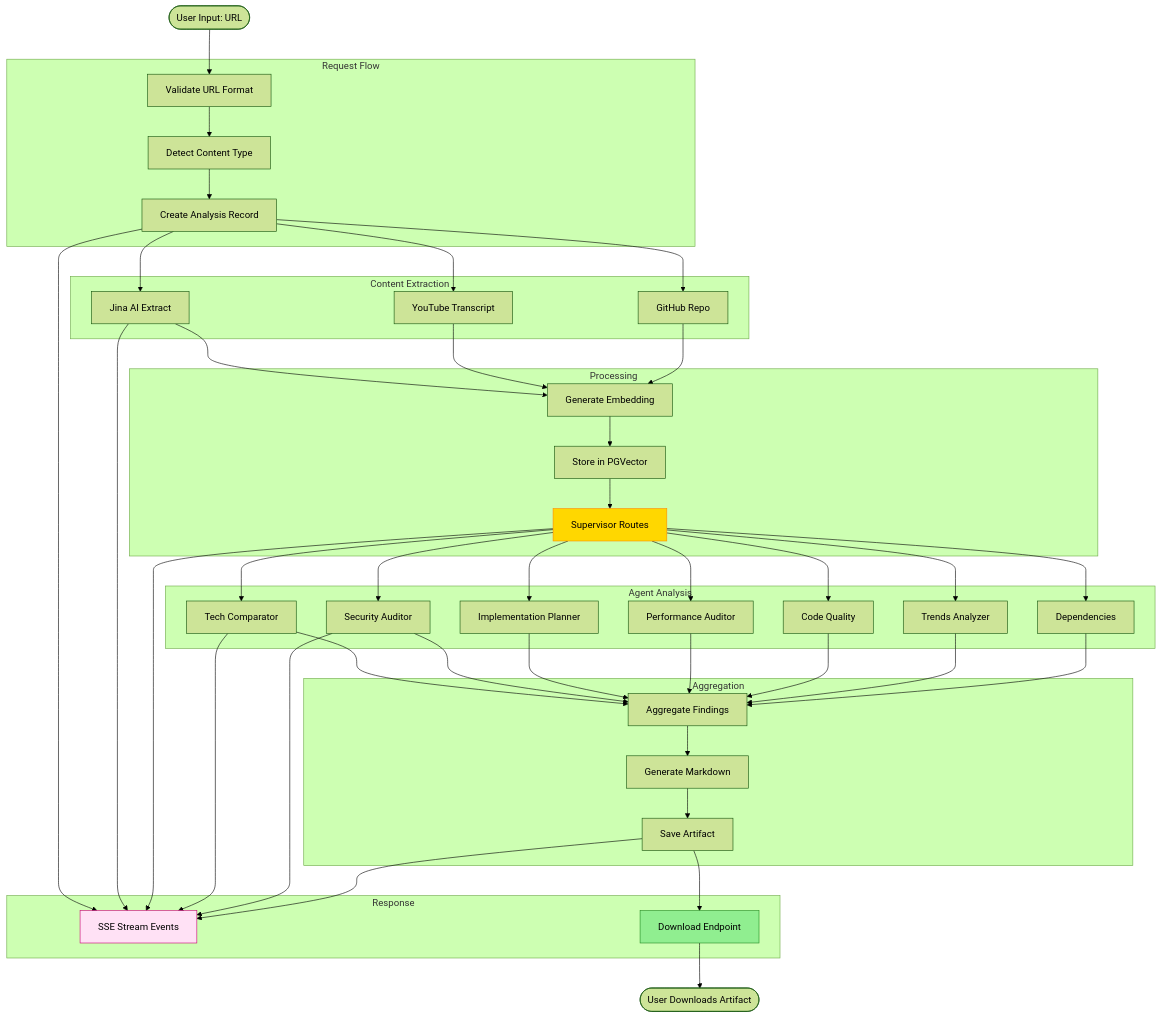
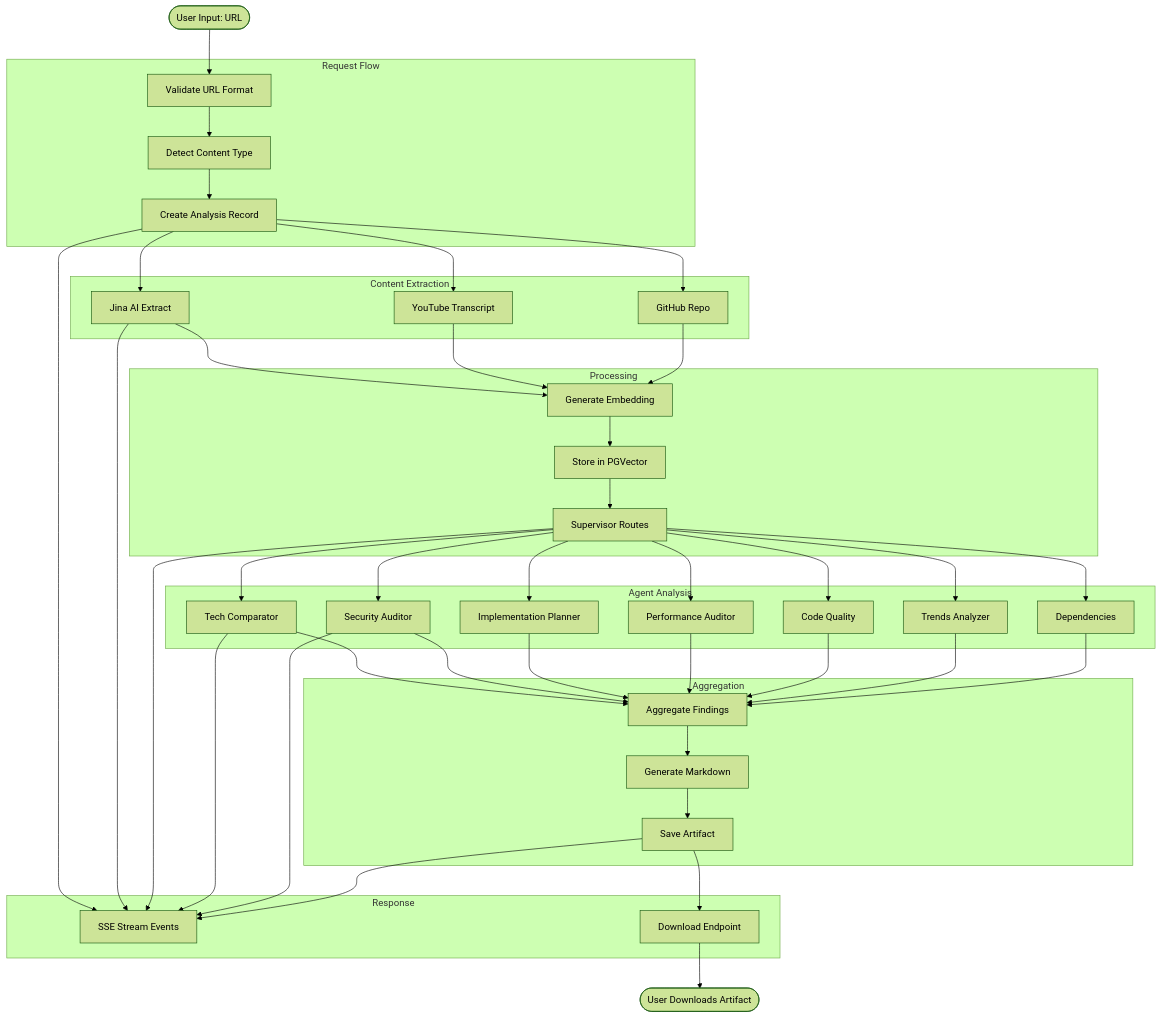
Before and after one commit to ArieGoldkin/SkillForge: the ninth of 11 diagrams in docs/ARCHITECTURE.md, drawn with Mermaid (forest theme). The commit also changed other lines of this file and 31 other files, not shown here.

First line of the commit message:
docs: refresh docs + diagrams, align ports/versions

````diff
--- a/docs/ARCHITECTURE.md
+++ b/docs/ARCHITECTURE.md
@@ -709,7 +680,4 @@
     End([User Downloads Artifact])
     Download --> End
     
-    style SupervisorDecide fill:#ffd700,stroke:#ff8c00
-    style SSEStream fill:#ffe1f5,stroke:#cc0077
-    style Download fill:#90ee90,stroke:#228b22
 ```
````
